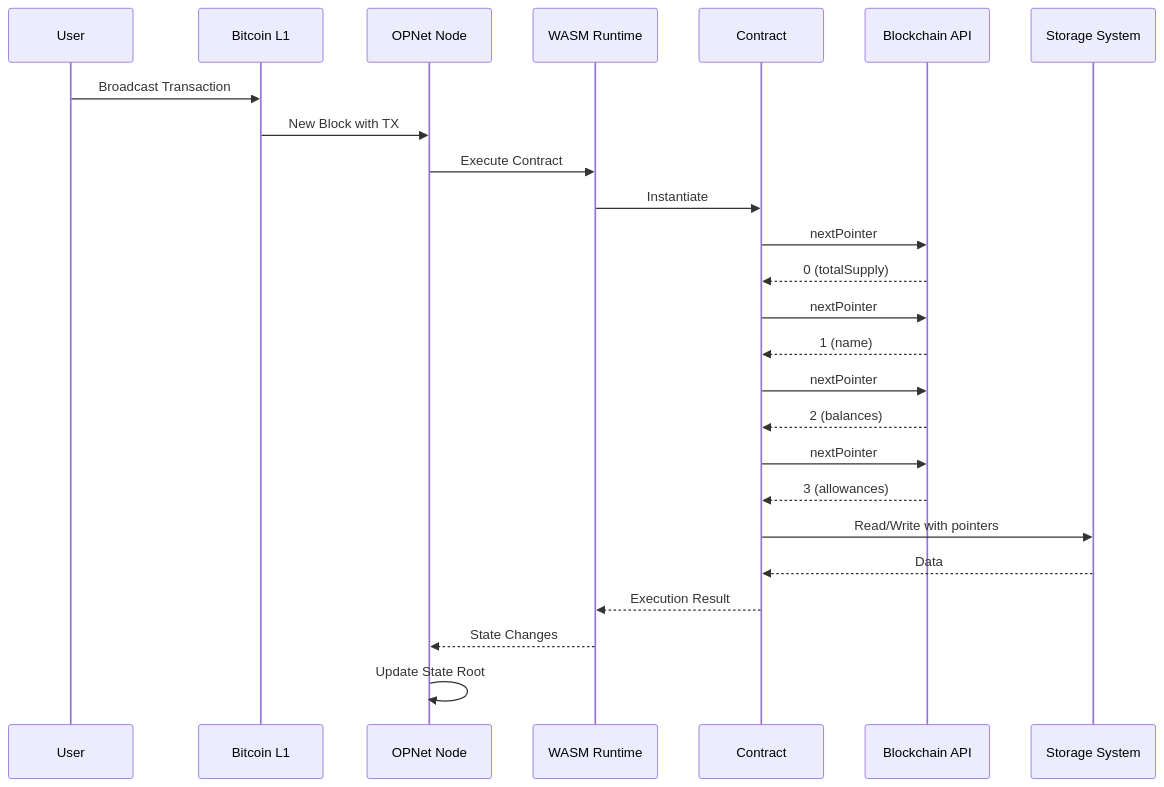
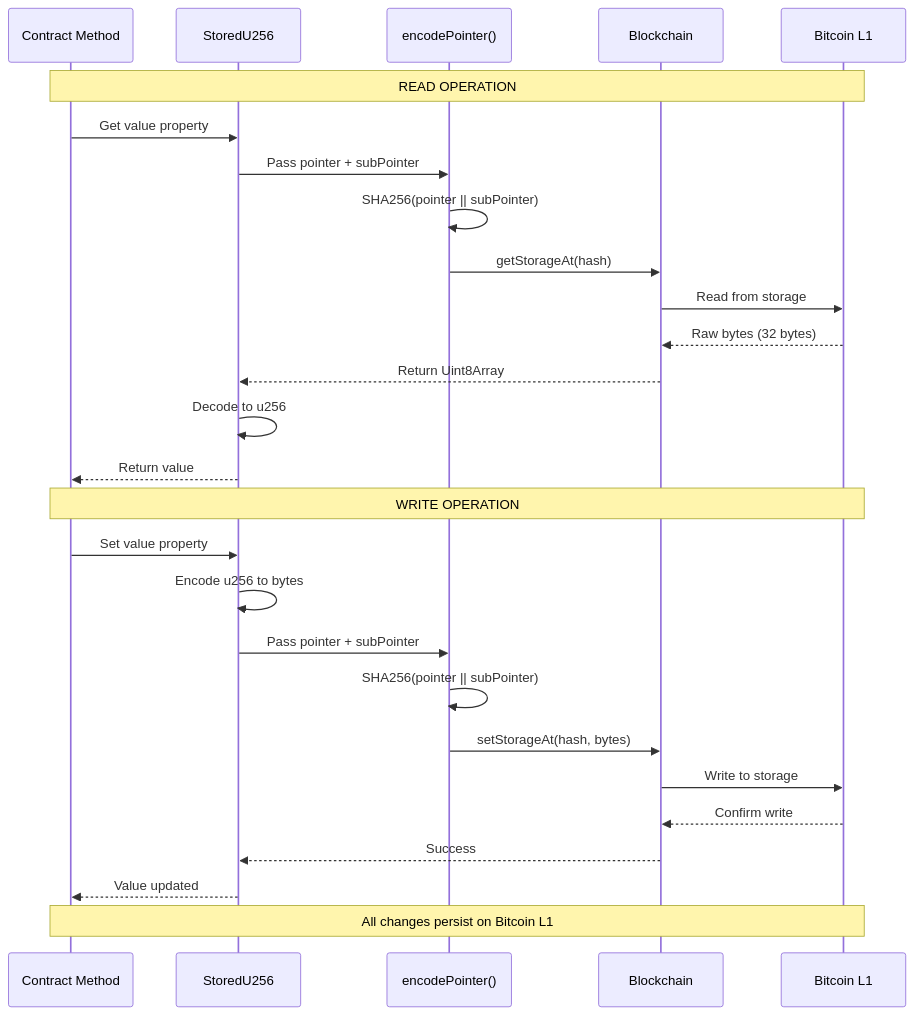
One commit to btc-vision/btc-runtime changed the third of 3 diagrams in docs/core-concepts/storage-system.md. Above: the diagram before and after it, drawn with Mermaid. The commit also changed other lines of this file, not shown here.

````diff
--- a/docs/core-concepts/storage-system.md
+++ b/docs/core-concepts/storage-system.md
@@ -225,28 +374,32 @@
 ```mermaid
 sequenceDiagram
-    participant User
-    participant Bitcoin as Bitcoin L1
-    participant OPNet as OPNet Node
-    participant WASM as WASM Runtime
-    participant Contract
-    participant Blockchain as Blockchain API
-    participant Storage as Storage System
+    participant C as Contract Method
+    participant S as StoredU256
+    participant E as encodePointer()
+    participant B as Blockchain
+    participant L1 as Bitcoin L1
 
-    User->>Bitcoin: Broadcast Transaction
-    Bitcoin->>OPNet: New Block with TX
-    OPNet->>WASM: Execute Contract
-    WASM->>Contract: Instantiate
-    Contract->>Blockchain: nextPointer
-    Blockchain-->>Contract: 0 (totalSupply)
-    Contract->>Blockchain: nextPointer
-    Blockchain-->>Contract: 1 (name)
-    Contract->>Blockchain: nextPointer
-    Blockchain-->>Contract: 2 (balances)
-    Contract->>Blockchain: nextPointer
-    Blockchain-->>Contract: 3 (allowances)
-    Contract->>Storage: Read/Write with pointers
-    Storage-->>Contract: Data
-    Contract-->>WASM: Execution Result
-    WASM-->>OPNet: State Changes
-    OPNet->>OPNet: Update State Root
+    Note over C,L1: READ OPERATION
+    C->>S: Get value property
+    S->>E: Pass pointer + subPointer
+    E->>E: SHA256(pointer || subPointer)
+    E->>B: getStorageAt(hash)
+    B->>L1: Read from storage
+    L1-->>B: Raw bytes (32 bytes)
+    B-->>S: Return Uint8Array
+    S->>S: Decode to u256
+    S-->>C: Return value
+
+    Note over C,L1: WRITE OPERATION
+    C->>S: Set value property
+    S->>S: Encode u256 to bytes
+    S->>E: Pass pointer + subPointer
+    E->>E: SHA256(pointer || subPointer)
+    E->>B: setStorageAt(hash, bytes)
+    B->>L1: Write to storage
+    L1-->>B: Confirm write
+    B-->>S: Success
+    S-->>C: Value updated
+
+    Note over C,L1: All changes persist on Bitcoin L1
 ```
````
